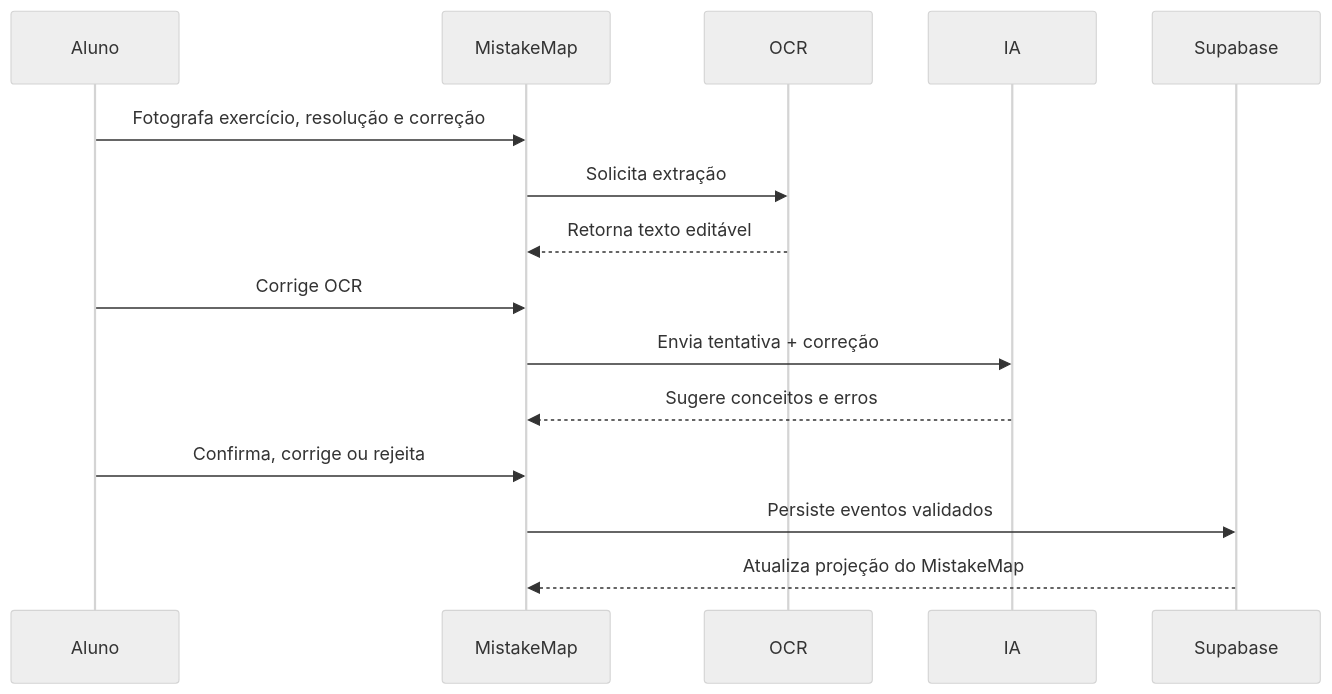
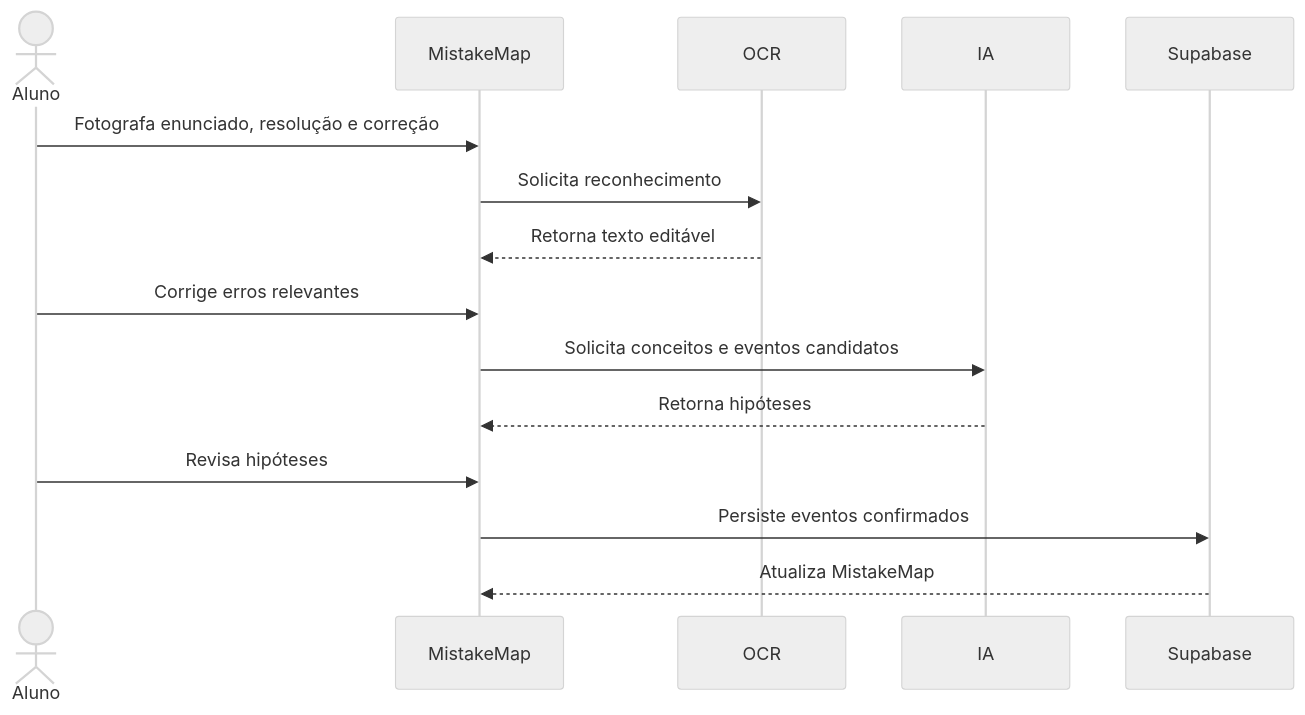
One commit to CFSJCODE/MistakeMap changed the fifth of 6 diagrams in .github/README.md. Above: the diagram before and after it, drawn with Mermaid (neutral theme). The commit also changed other lines of this file and 1 other file, not shown here.

````diff
--- a/.github/README.md
+++ b/.github/README.md
@@ -647,18 +788,18 @@
 ```mermaid
 sequenceDiagram
-    participant A as Aluno
+    actor Aluno
     participant APP as MistakeMap
-    participant OCR as OCR
-    participant AI as IA
+    participant OCR
+    participant IA
     participant DB as Supabase
 
-    A->>APP: Fotografa exercício, resolução e correção
-    APP->>OCR: Solicita extração
+    Aluno->>APP: Fotografa enunciado, resolução e correção
+    APP->>OCR: Solicita reconhecimento
     OCR-->>APP: Retorna texto editável
-    A->>APP: Corrige OCR
-    APP->>AI: Envia tentativa + correção
-    AI-->>APP: Sugere conceitos e erros
-    A->>APP: Confirma, corrige ou rejeita
-    APP->>DB: Persiste eventos validados
-    DB-->>APP: Atualiza projeção do MistakeMap
+    Aluno->>APP: Corrige erros relevantes
+    APP->>IA: Solicita conceitos e eventos candidatos
+    IA-->>APP: Retorna hipóteses
+    Aluno->>APP: Revisa hipóteses
+    APP->>DB: Persiste eventos confirmados
+    DB-->>APP: Atualiza MistakeMap
 ```
````
